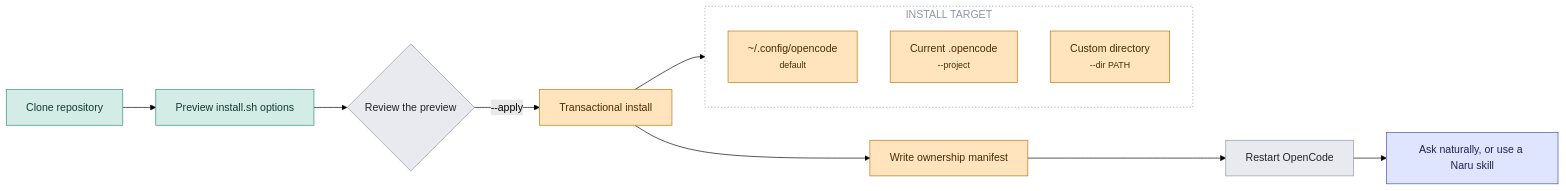
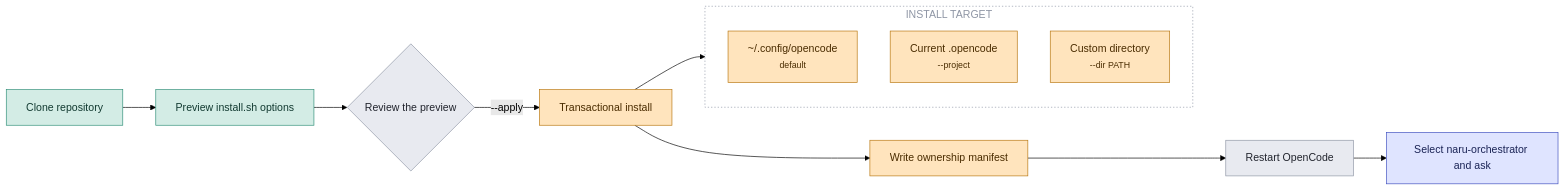
Before and after one commit to sean35mm/naru-opencode: the diagram in docs/src/content/docs/getting-started/installation.md, drawn with Mermaid (forest theme). The commit also changed other lines of this file and 24 other files, not shown here.

First line of the commit message:
docs: rewrite documentation for the v-next architecture

````diff
--- a/docs/src/content/docs/getting-started/installation.md
+++ b/docs/src/content/docs/getting-started/installation.md
@@ -8,29 +8,29 @@
 ```mermaid
 flowchart LR
   A["Clone repository"]:::read
   B["Preview install.sh options"]:::read
   C{"Review the preview"}:::gate
   D["Transactional install"]:::write
   I["Write ownership manifest"]:::write
   J["Restart OpenCode"]:::gate
-  K["Ask naturally, or use a Naru skill"]:::entry
+  K["Select naru-orchestrator and ask"]:::entry
 
   subgraph targets["INSTALL TARGET"]
     direction TB
     F["~/.config/opencode<br/><small>default</small>"]:::write
     G["Current .opencode<br/><small>--project</small>"]:::write
     H["Custom directory<br/><small>--dir PATH</small>"]:::write
   end
 
   A --> B --> C
   C -->|"--apply"| D
   D --> targets
   D --> I --> J --> K
 
   style targets fill:none,stroke:#8f96a5,stroke-dasharray:2 3,color:#8f96a5
 
   classDef entry fill:#dfe4ff,stroke:#3f4fbe,color:#1b2456
   classDef read fill:#d3ece5,stroke:#2f8f78,color:#123a31
   classDef write fill:#ffe4bd,stroke:#b8760f,color:#4a2c00
   classDef gate fill:#e8eaf0,stroke:#8f96a5,color:#22252e
 ```
````
